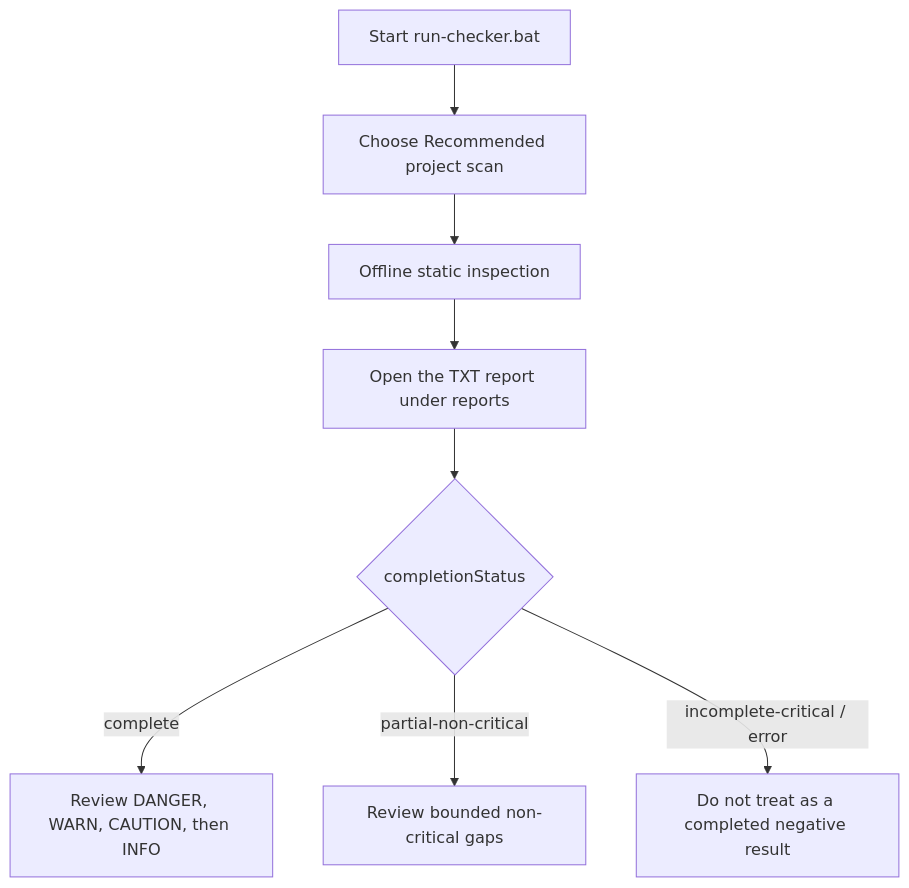
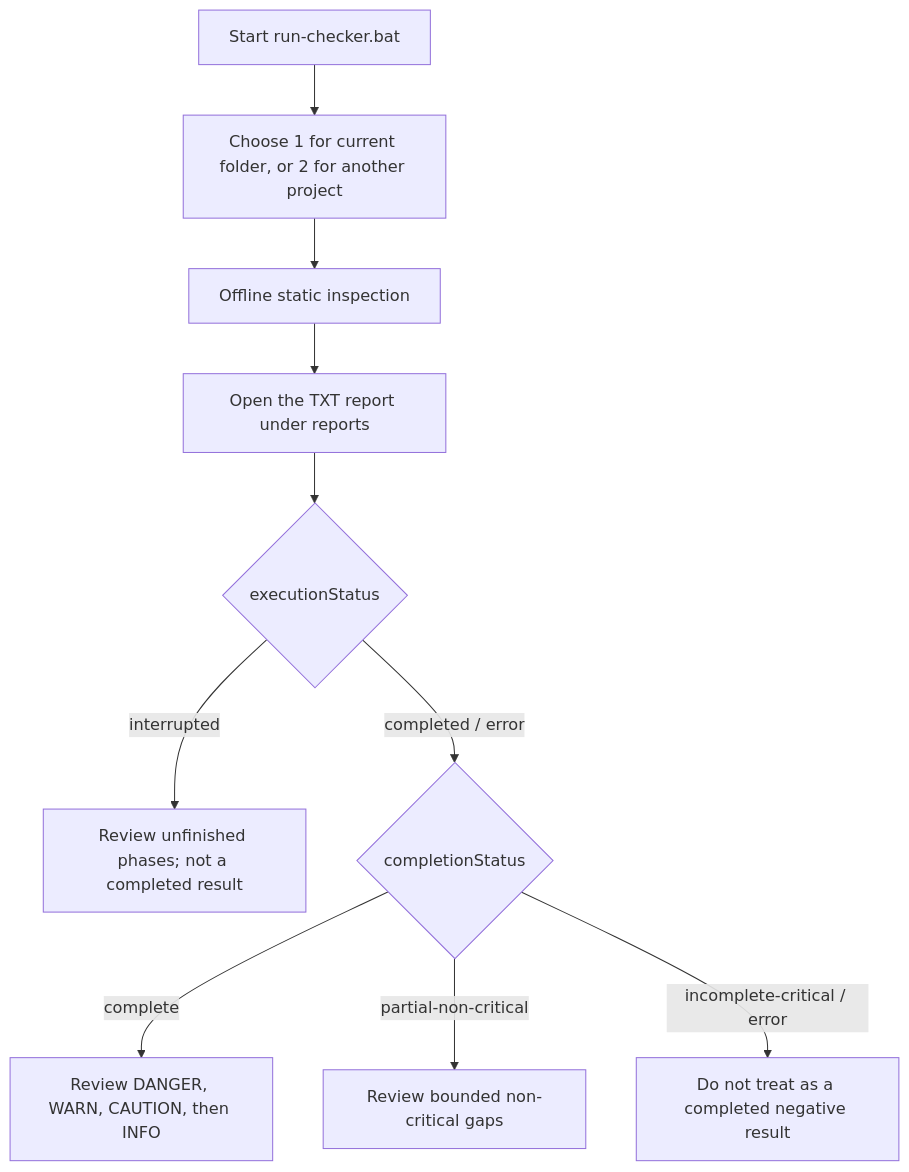
The diagram in docs/visual-user-manual-en.md (Daiki9801/dev-supplychain-checker), drawn with Mermaid before and after one commit. The commit also changed other lines of this file and 32 other files, not shown here.

````diff
--- a/docs/visual-user-manual-en.md
+++ b/docs/visual-user-manual-en.md
@@ -17,10 +21,12 @@
 ```mermaid
 flowchart TD
-    A["Start run-checker.bat"] --> B["Choose Recommended project scan"]
+    A["Start run-checker.bat"] --> B["Choose 1 for current folder, or 2 for another project"]
     B --> C["Offline static inspection"]
     C --> D["Open the TXT report under reports"]
-    D --> E{"completionStatus"}
+    D --> X{"executionStatus"}
+    X -->|interrupted| I["Review unfinished phases; not a completed result"]
+    X -->|completed / error| E{"completionStatus"}
     E -->|complete| F["Review DANGER, WARN, CAUTION, then INFO"]
     E -->|partial-non-critical| G["Review bounded non-critical gaps"]
     E -->|incomplete-critical / error| H["Do not treat as a completed negative result"]
 ```
````
